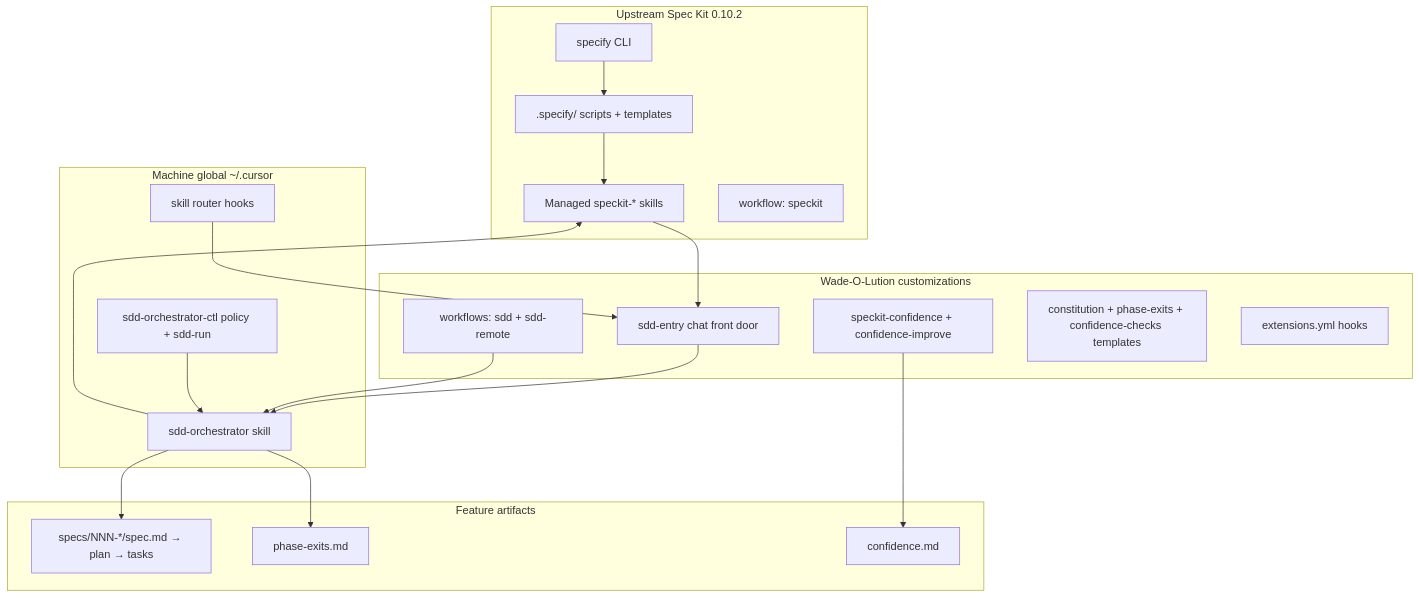
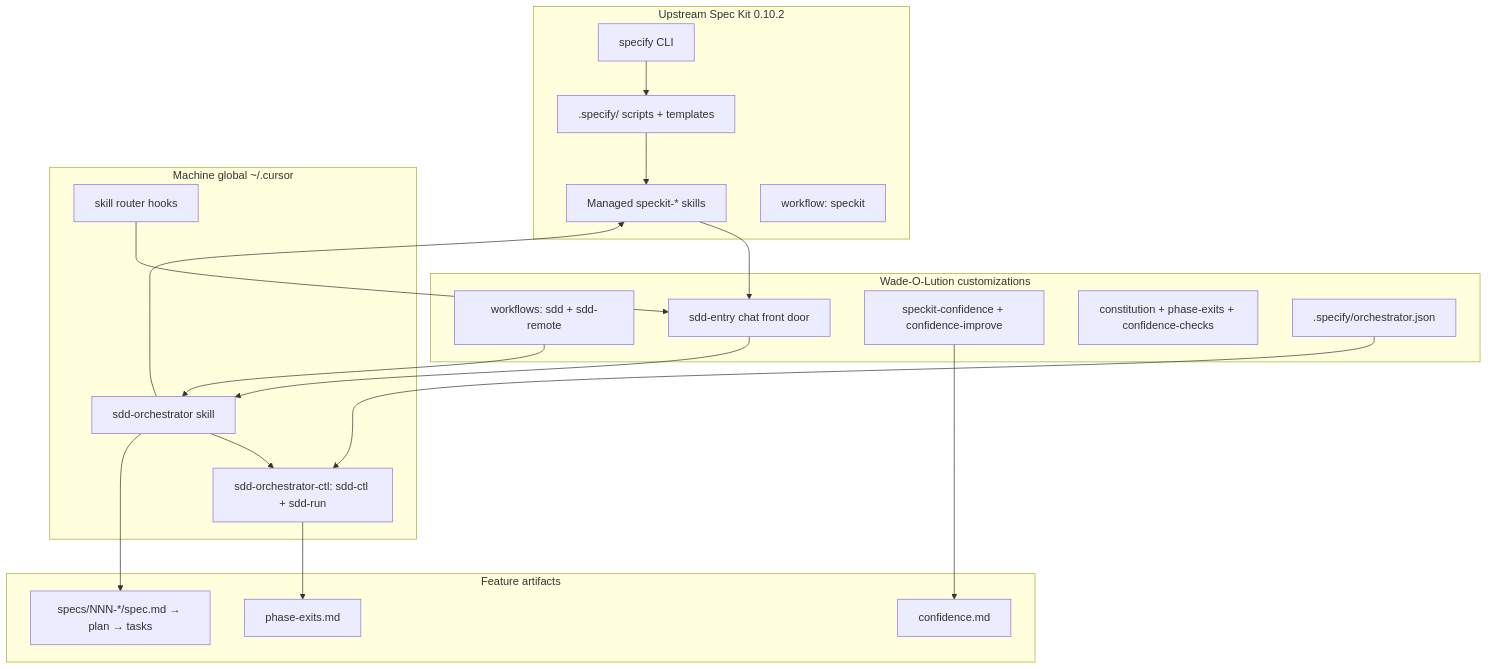
The diagram in specify/overview.md (Wade-O-Lution-Inc/cursor-setup-guide), drawn with Mermaid before and after one commit. The commit also changed other lines of this file and 38 other files, not shown here.

First line of the commit message:
docs: revamp guide for portable sdd-ctl adoption hub (#8)

````diff
--- a/specify/overview.md
+++ b/specify/overview.md
@@ -3,37 +3,38 @@
 ```mermaid
 flowchart TB
   subgraph upstream [Upstream Spec Kit 0.10.2]
     CLI["specify CLI"]
     Init[".specify/ scripts + templates"]
     Skills["Managed speckit-* skills"]
     Bundled["workflow: speckit"]
   end
   subgraph org [Wade-O-Lution customizations]
     WF["workflows: sdd + sdd-remote"]
     Entry["sdd-entry chat front door"]
     Conf["speckit-confidence + confidence-improve"]
-    Const["constitution + phase-exits + confidence-checks templates"]
-    Ext["extensions.yml hooks"]
+    Const["constitution + phase-exits + confidence-checks"]
+    Policy[".specify/orchestrator.json"]
   end
   subgraph global [Machine global ~/.cursor]
     Orch["sdd-orchestrator skill"]
-    Ctl["sdd-orchestrator-ctl policy + sdd-run"]
+    Ctl["sdd-orchestrator-ctl: sdd-ctl + sdd-run"]
     Router["skill router hooks"]
   end
   subgraph artifacts [Feature artifacts]
     Spec["specs/NNN-*/spec.md → plan → tasks"]
     PE["phase-exits.md"]
     CM["confidence.md"]
   end
   CLI --> Init
   Init --> Skills
   Skills --> Entry
   Entry --> Orch
   Orch --> Skills
-  Orch --> PE
+  Orch --> Ctl
+  Ctl --> PE
   WF --> Orch
   Orch --> Spec
   Conf --> CM
-  Ctl --> Orch
+  Policy --> Ctl
   Router --> Entry
 ```
````
